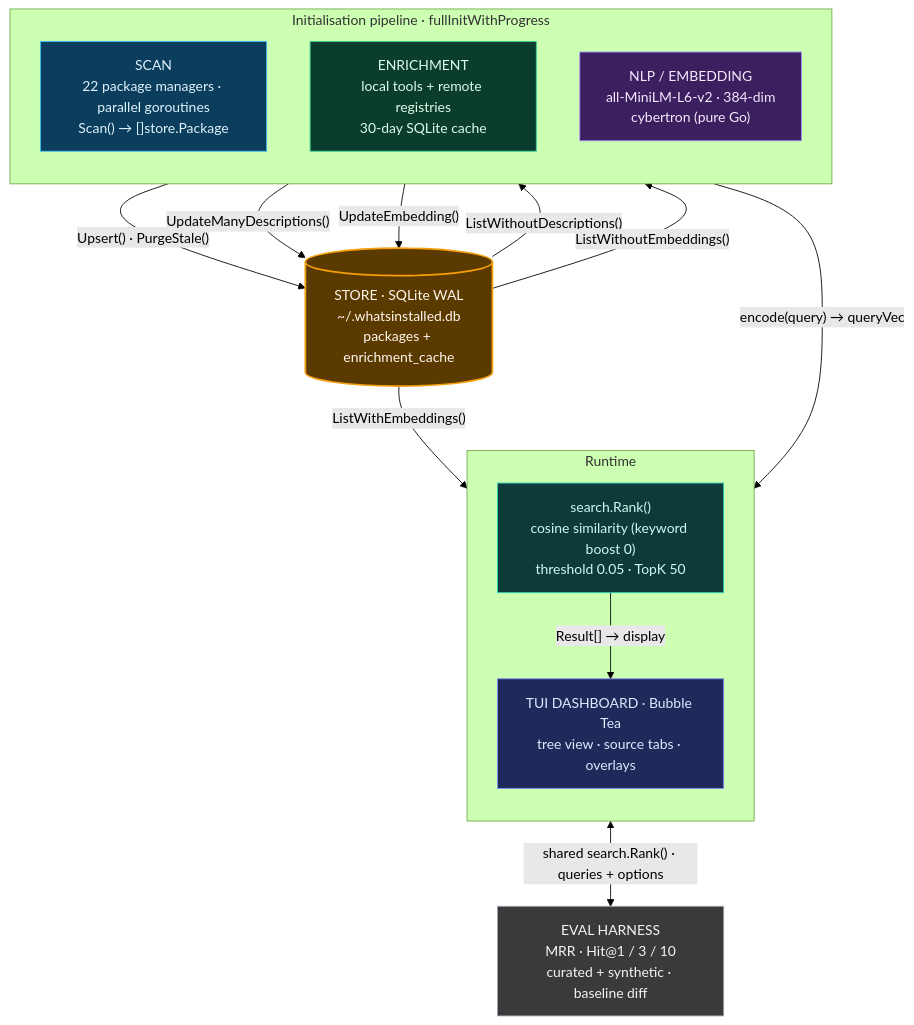
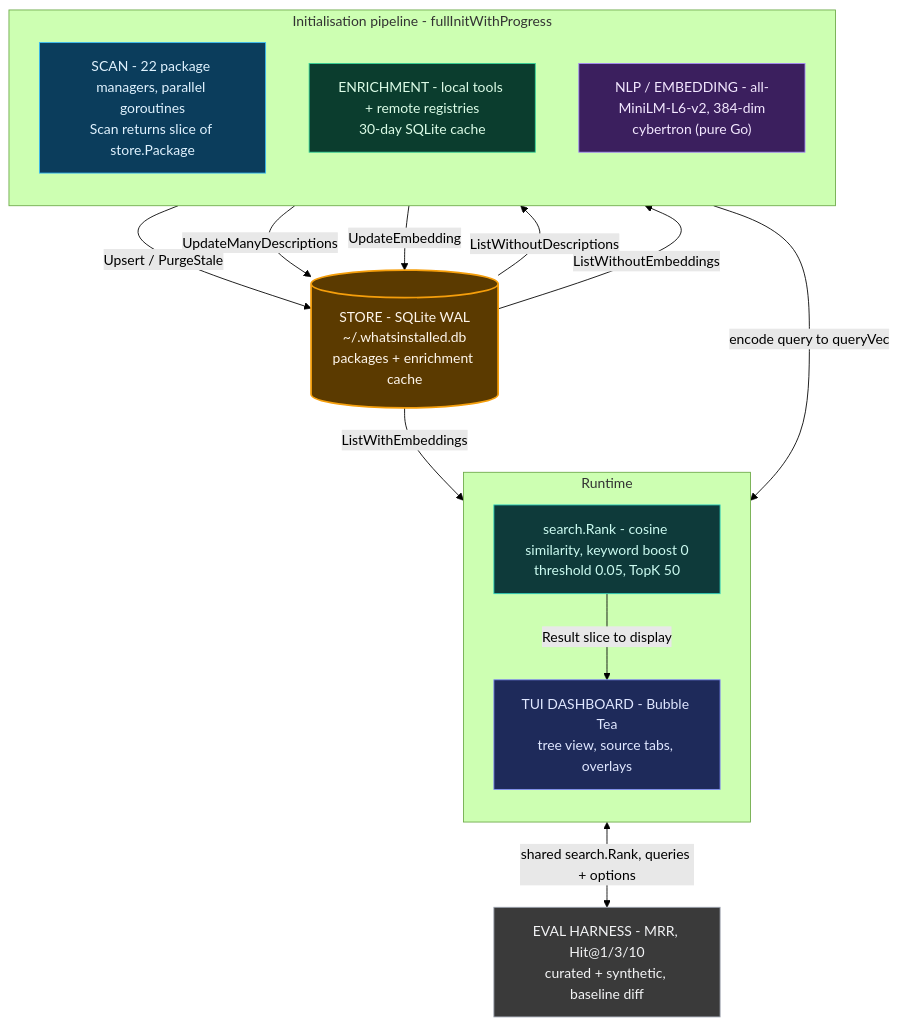
The first of 2 diagrams in docs/ARCHITECTURE.md (DVacirca/whatsinstalled), drawn with Mermaid (forest theme) before and after one commit. The commit also changed other lines of this file and 1 other file, not shown here.

Commit message:
strip Mermaid of all chars that crash VS Code renderer
Removed from all three diagrams:
- [] (Mermaid interprets as shape syntax inside labels)
- → unicode arrows (SVG text rendering fail)
- () in edge labels (possible parser conflict)
- · middle dots and & ampersands in node text
- + in View node label

All labels now use plain text with hyphens and slashes only.

````diff
--- a/docs/ARCHITECTURE.md
+++ b/docs/ARCHITECTURE.md
@@ -19,46 +19,46 @@
 ```mermaid
 flowchart TD
-    subgraph init["Initialisation pipeline · fullInitWithProgress"]
+    subgraph init["Initialisation pipeline - fullInitWithProgress"]
         direction TB
-        SCAN["SCAN<br/>22 package managers · parallel goroutines<br/>Scan() → []store.Package"]
-        ENRICH["ENRICHMENT<br/>local tools + remote registries<br/>30-day SQLite cache"]
-        EMBED["NLP / EMBEDDING<br/>all-MiniLM-L6-v2 · 384-dim<br/>cybertron (pure Go)"]
+        SCAN["SCAN - 22 package managers, parallel goroutines<br/>Scan returns slice of store.Package"]
+        ENRICH["ENRICHMENT - local tools + remote registries<br/>30-day SQLite cache"]
+        EMBED["NLP / EMBEDDING - all-MiniLM-L6-v2, 384-dim<br/>cybertron (pure Go)"]
     end
 
-    STORE[("STORE · SQLite WAL<br/>~/.whatsinstalled.db<br/>packages + enrichment_cache")]
+    STORE[("STORE - SQLite WAL<br/>~/.whatsinstalled.db<br/>packages + enrichment cache")]
 
     subgraph runtime["Runtime"]
         direction TB
-        SEARCH["search.Rank()<br/>cosine similarity (keyword boost 0)<br/>threshold 0.05 · TopK 50"]
-        TUI["TUI DASHBOARD · Bubble Tea<br/>tree view · source tabs · overlays"]
+        SEARCH["search.Rank - cosine similarity, keyword boost 0<br/>threshold 0.05, TopK 50"]
+        TUI["TUI DASHBOARD - Bubble Tea<br/>tree view, source tabs, overlays"]
     end
 
-    EVAL["EVAL HARNESS<br/>MRR · Hit@1 / 3 / 10<br/>curated + synthetic · baseline diff"]
+    EVAL["EVAL HARNESS - MRR, Hit@1/3/10<br/>curated + synthetic, baseline diff"]
 
-    SCAN   -->|"Upsert() · PurgeStale()"| STORE
-    STORE  -->|"ListWithoutDescriptions()"| ENRICH
-    ENRICH -->|"UpdateManyDescriptions()"| STORE
-    STORE  -->|"ListWithoutEmbeddings()"| EMBED
-    EMBED  -->|"UpdateEmbedding()"| STORE
+    SCAN   -->|Upsert / PurgeStale| STORE
+    STORE  -->|ListWithoutDescriptions| ENRICH
+    ENRICH -->|UpdateManyDescriptions| STORE
+    STORE  -->|ListWithoutEmbeddings| EMBED
+    EMBED  -->|UpdateEmbedding| STORE
 
-    STORE  -->|"ListWithEmbeddings()"| SEARCH
-    EMBED  -->|"encode(query) → queryVec"| SEARCH
-    SEARCH -->|"Result[] → display"| TUI
-    SEARCH <-->|"shared search.Rank() · queries + options"| EVAL
+    STORE  -->|ListWithEmbeddings| SEARCH
+    EMBED  -->|encode query to queryVec| SEARCH
+    SEARCH -->|Result slice to display| TUI
+    SEARCH <-->|shared search.Rank, queries + options| EVAL
 
     classDef scan   fill:#0b3d5c,stroke:#38bdf8,color:#e0f2fe,stroke-width:1px
     classDef store  fill:#5b3a00,stroke:#f59e0b,color:#fff7ed,stroke-width:2px
     classDef enrich fill:#0b3d2e,stroke:#34d399,color:#dcfce7,stroke-width:1px
     classDef embed  fill:#3b1f5e,stroke:#a78bfa,color:#f3e8ff,stroke-width:1px
     classDef search fill:#0e3a3a,stroke:#2dd4bf,color:#ccfbf1,stroke-width:1px
     classDef tui    fill:#1e2a5a,stroke:#818cf8,color:#e0e7ff,stroke-width:1px
     classDef eval   fill:#3a3a3a,stroke:#9ca3af,color:#f3f4f6,stroke-width:1px
 
     class SCAN scan
     class STORE store
     class ENRICH enrich
     class EMBED embed
     class SEARCH search
     class TUI tui
     class EVAL eval
 ```
````
